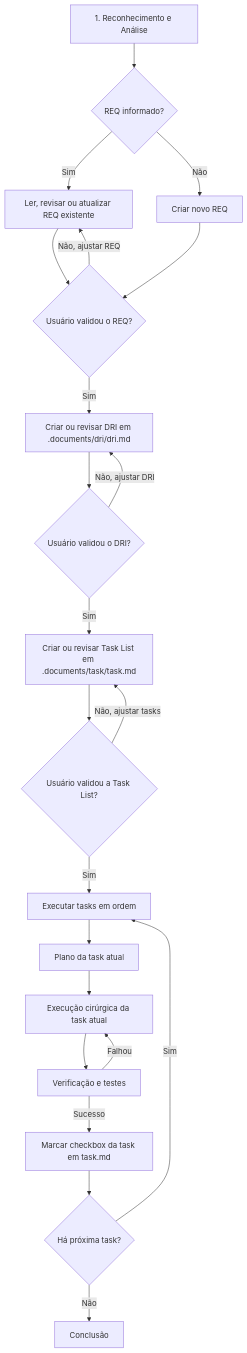
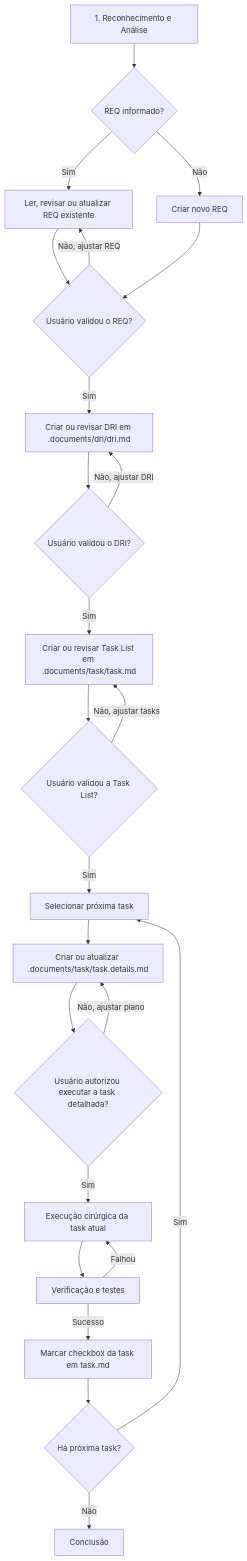
One commit to builttech/okestre-final changed the diagram in GPT_INSTRUCTIONS.md. Above: the diagram before and after it, drawn with Mermaid. The commit also changed other lines of this file and 3 other files, not shown here.

Commit message:
task.details.md

````diff
--- a/GPT_INSTRUCTIONS.md
+++ b/GPT_INSTRUCTIONS.md
@@ -28,24 +30,26 @@
 ```mermaid
 graph TD
     A["1. Reconhecimento e Análise"] --> B{"REQ informado?"}
     B -->|"Sim"| C["Ler, revisar ou atualizar REQ existente"]
     B -->|"Não"| D["Criar novo REQ"]
     C --> E{"Usuário validou o REQ?"}
     D --> E
     E -->|"Não, ajustar REQ"| C
     E -->|"Sim"| F["Criar ou revisar DRI em .documents/dri/dri.md"]
     F --> G{"Usuário validou o DRI?"}
     G -->|"Não, ajustar DRI"| F
     G -->|"Sim"| H["Criar ou revisar Task List em .documents/task/task.md"]
     H --> I{"Usuário validou a Task List?"}
     I -->|"Não, ajustar tasks"| H
-    I -->|"Sim"| J["Executar tasks em ordem"]
-    J --> K["Plano da task atual"]
-    K --> L["Execução cirúrgica da task atual"]
-    L --> M["Verificação e testes"]
-    M -->|"Falhou"| L
-    M -->|"Sucesso"| N["Marcar checkbox da task em task.md"]
-    N --> O{"Há próxima task?"}
-    O -->|"Sim"| J
-    O -->|"Não"| P["Conclusão"]
+    I -->|"Sim"| J["Selecionar próxima task"]
+    J --> K["Criar ou atualizar .documents/task/task.details.md"]
+    K --> L{"Usuário autorizou executar a task detalhada?"}
+    L -->|"Não, ajustar plano"| K
+    L -->|"Sim"| M["Execução cirúrgica da task atual"]
+    M --> N["Verificação e testes"]
+    N -->|"Falhou"| M
+    N -->|"Sucesso"| O["Marcar checkbox da task em task.md"]
+    O --> P{"Há próxima task?"}
+    P -->|"Sim"| J
+    P -->|"Não"| Q["Conclusão"]
 ```
````
